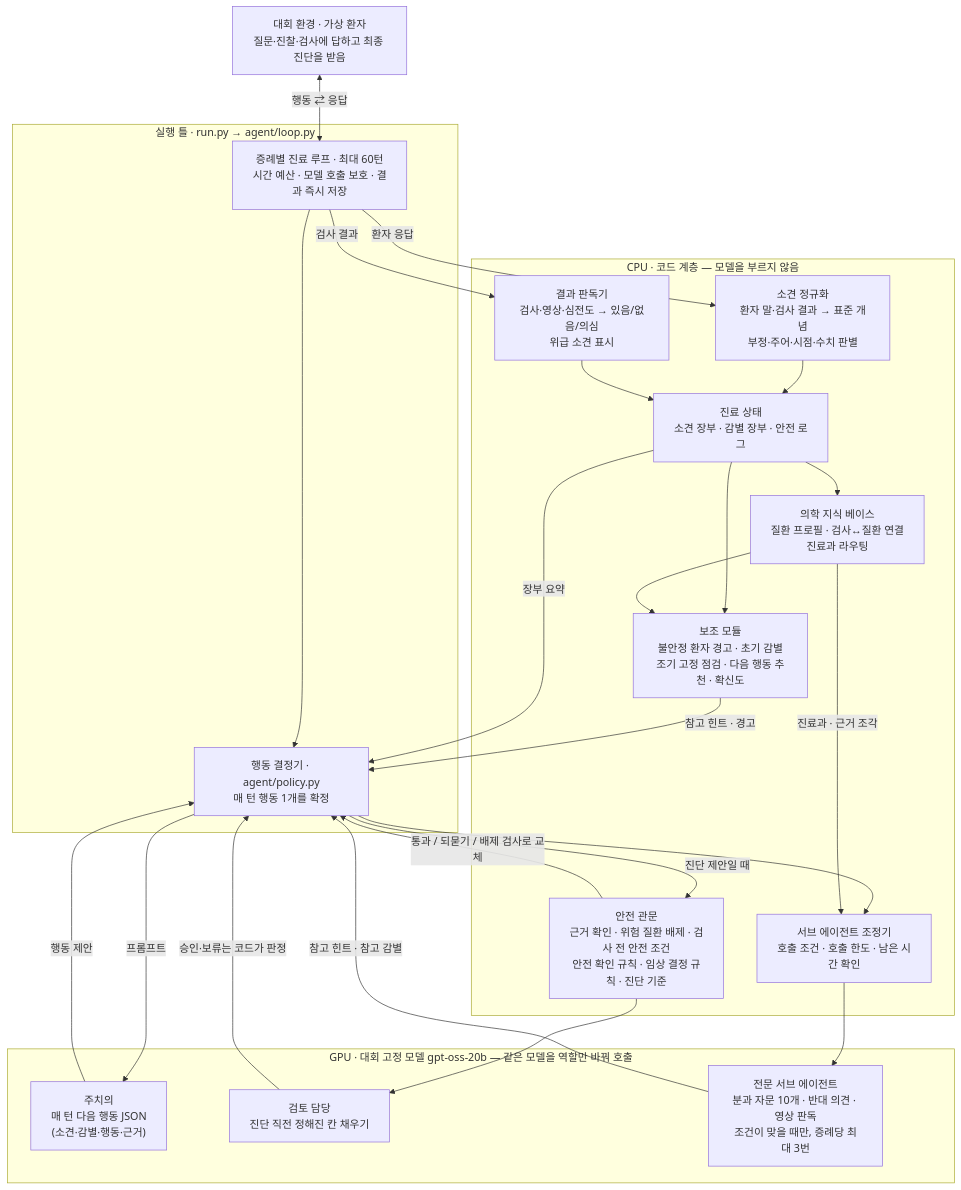
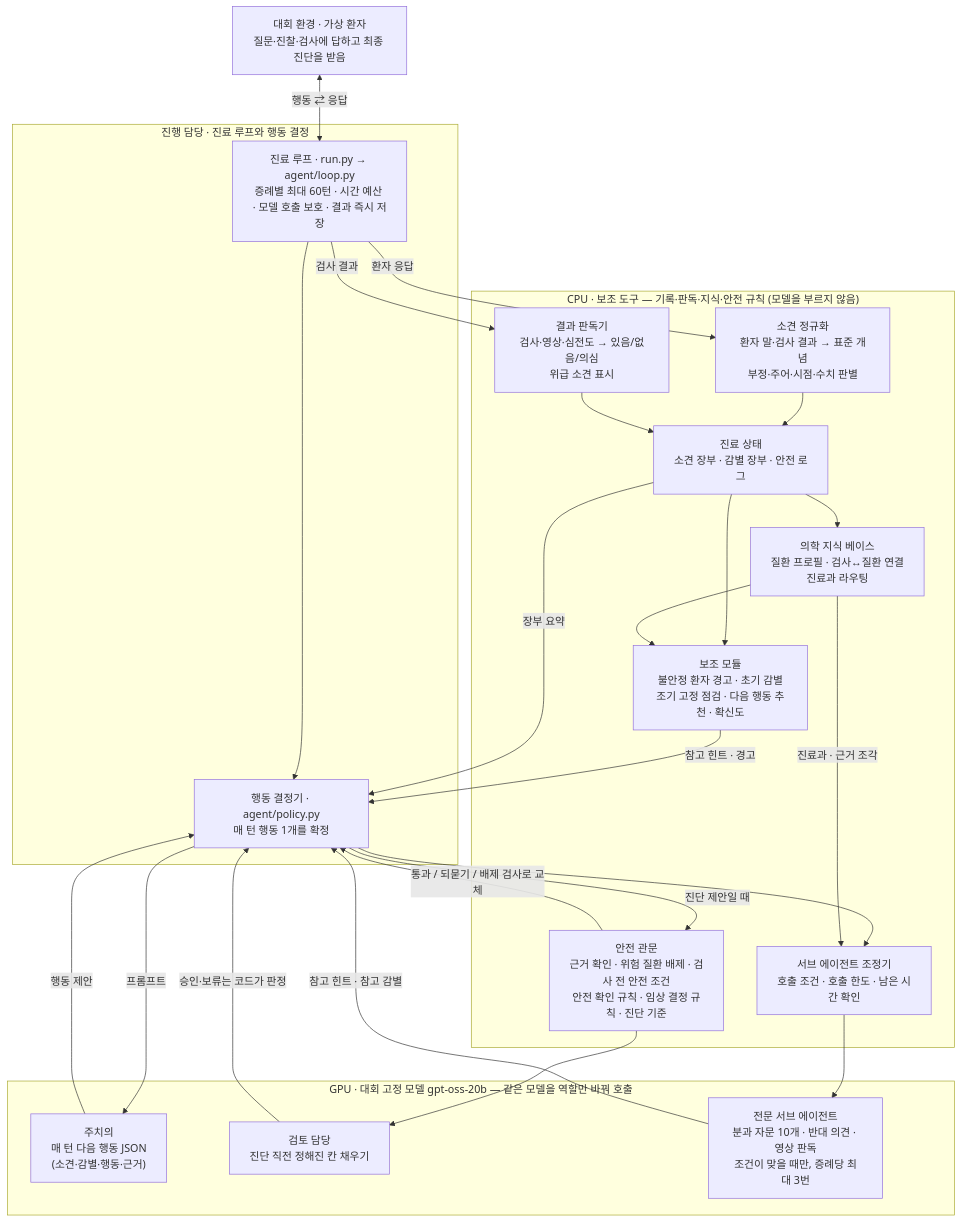
The first of 2 diagrams in README.md (yunseul6028/Doctor-Agent), drawn with Mermaid before and after one commit. The commit also changed other lines of this file, not shown here.

Commit message:
README: rename architecture zones to 진행 담당 / 보조 도구 and explain the difference

````diff
--- a/README.md
+++ b/README.md
@@ -29,47 +29,47 @@
 ```mermaid
 flowchart TB
     ENV["대회 환경 · 가상 환자<br/>질문·진찰·검사에 답하고 최종 진단을 받음"]
 
-    subgraph RUN["실행 틀 · run.py → agent/loop.py"]
-        LOOP["증례별 진료 루프 · 최대 60턴<br/>시간 예산 · 모델 호출 보호 · 결과 즉시 저장"]
+    subgraph RUN["진행 담당 · 진료 루프와 행동 결정"]
+        LOOP["진료 루프 · run.py → agent/loop.py<br/>증례별 최대 60턴 · 시간 예산 · 모델 호출 보호 · 결과 즉시 저장"]
         POLICY["행동 결정기 · agent/policy.py<br/>매 턴 행동 1개를 확정"]
     end
 
     subgraph GPU["GPU · 대회 고정 모델 gpt-oss-20b — 같은 모델을 역할만 바꿔 호출"]
         DOC["주치의<br/>매 턴 다음 행동 JSON<br/>(소견·감별·행동·근거)"]
         REV["검토 담당<br/>진단 직전 정해진 칸 채우기"]
         SUB["전문 서브 에이전트<br/>분과 자문 10개 · 반대 의견 · 영상 판독<br/>조건이 맞을 때만, 증례당 최대 3번"]
     end
 
-    subgraph CPU["CPU · 코드 계층 — 모델을 부르지 않음"]
+    subgraph CPU["CPU · 보조 도구 — 기록·판독·지식·안전 규칙 (모델을 부르지 않음)"]
         NLP["소견 정규화<br/>환자 말·검사 결과 → 표준 개념<br/>부정·주어·시점·수치 판별"]
         INTERP["결과 판독기<br/>검사·영상·심전도 → 있음/없음/의심<br/>위급 소견 표시"]
         STATE["진료 상태<br/>소견 장부 · 감별 장부 · 안전 로그"]
         KB["의학 지식 베이스<br/>질환 프로필 · 검사↔질환 연결<br/>진료과 라우팅"]
         ADV["보조 모듈<br/>불안정 환자 경고 · 초기 감별<br/>조기 고정 점검 · 다음 행동 추천 · 확신도"]
         SAFE["안전 관문<br/>근거 확인 · 위험 질환 배제 · 검사 전 안전 조건<br/>안전 확인 규칙 · 임상 결정 규칙 · 진단 기준"]
         ORC["서브 에이전트 조정기<br/>호출 조건 · 호출 한도 · 남은 시간 확인"]
     end
 
     ENV <-->|"행동 ⇄ 응답"| LOOP
     LOOP --> POLICY
     LOOP -->|"환자 응답"| NLP
     LOOP -->|"검사 결과"| INTERP
     NLP --> STATE
     INTERP --> STATE
     STATE --> ADV
     STATE --> KB
     KB --> ADV
     ADV -->|"참고 힌트 · 경고"| POLICY
     STATE -->|"장부 요약"| POLICY
     POLICY -->|"프롬프트"| DOC
     DOC -->|"행동 제안"| POLICY
     POLICY -->|"진단 제안일 때"| SAFE
     SAFE -->|"통과 / 되묻기 / 배제 검사로 교체"| POLICY
     SAFE --> REV
     REV -->|"승인·보류는 코드가 판정"| POLICY
     POLICY --> ORC
     KB -->|"진료과 · 근거 조각"| ORC
     ORC --> SUB
     SUB -->|"참고 힌트 · 참고 감별"| POLICY
 ```
````
